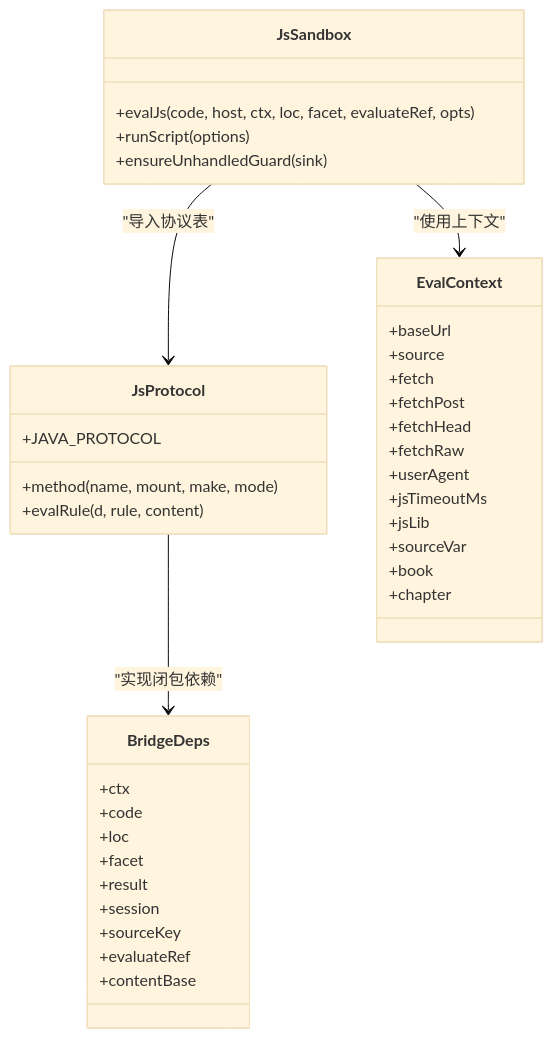
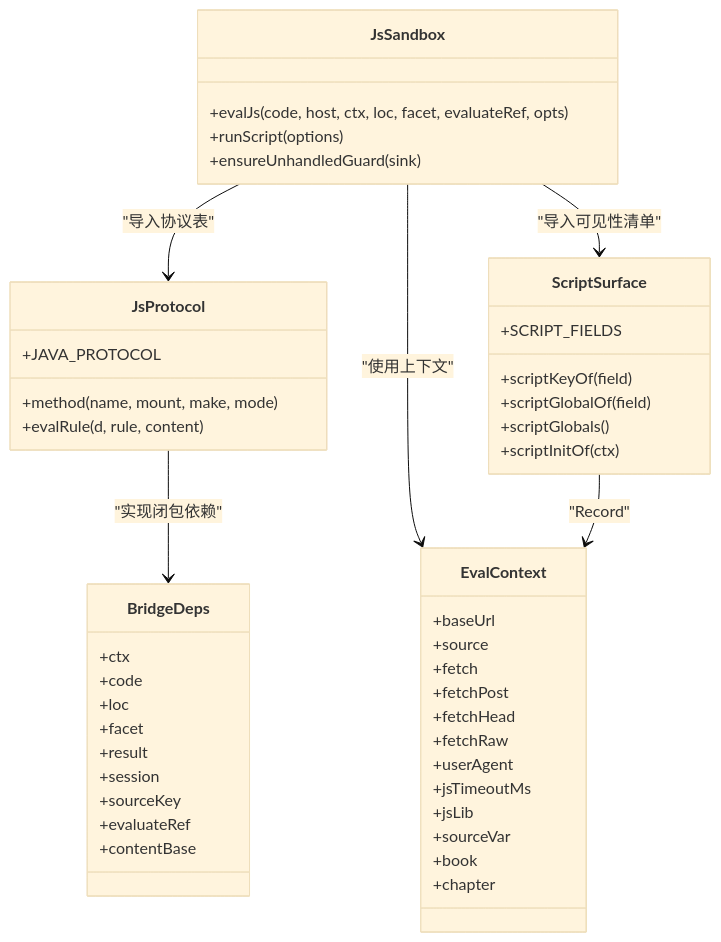
One commit to xrn1997/dsh-novel changed the fourth of 4 diagrams in .qoder/repowiki/zh/content/规则引擎与书源语法/JS 沙箱与宿主桥接.md. Above: the diagram before and after it, drawn with Mermaid (base theme). The commit also changed other lines of this file and 30 other files, not shown here.

````diff
--- a/.qoder/repowiki/zh/content/规则引擎与书源语法/JS 沙箱与宿主桥接.md
+++ b/.qoder/repowiki/zh/content/规则引擎与书源语法/JS 沙箱与宿主桥接.md
@@ -296,45 +377,55 @@
 ```mermaid
 classDiagram
     class JsSandbox {
         +evalJs(code, host, ctx, loc, facet, evaluateRef, opts)
         +runScript(options)
         +ensureUnhandledGuard(sink)
     }
 
     class JsProtocol {
         +JAVA_PROTOCOL
         +method(name, mount, make, mode)
         +evalRule(d, rule, content)
+    }
+
+    class ScriptSurface {
+        +SCRIPT_FIELDS
+        +scriptKeyOf(field)
+        +scriptGlobalOf(field)
+        +scriptGlobals()
+        +scriptInitOf(ctx)
     }
 
     class EvalContext {
         +baseUrl
         +source
         +fetch
         +fetchPost
         +fetchHead
         +fetchRaw
         +userAgent
         +jsTimeoutMs
         +jsLib
         +sourceVar
         +book
         +chapter
     }
 
     class BridgeDeps {
         +ctx
         +code
         +loc
         +facet
         +result
         +session
         +sourceKey
         +evaluateRef
         +contentBase
     }
 
     JsSandbox --> JsProtocol : "导入协议表"
+    JsSandbox --> ScriptSurface : "导入可见性清单"
     JsSandbox --> EvalContext : "使用上下文"
     JsProtocol --> BridgeDeps : "实现闭包依赖"
+    ScriptSurface --> EvalContext : "Record<keyof EvalContext, _>"
 ```
````
